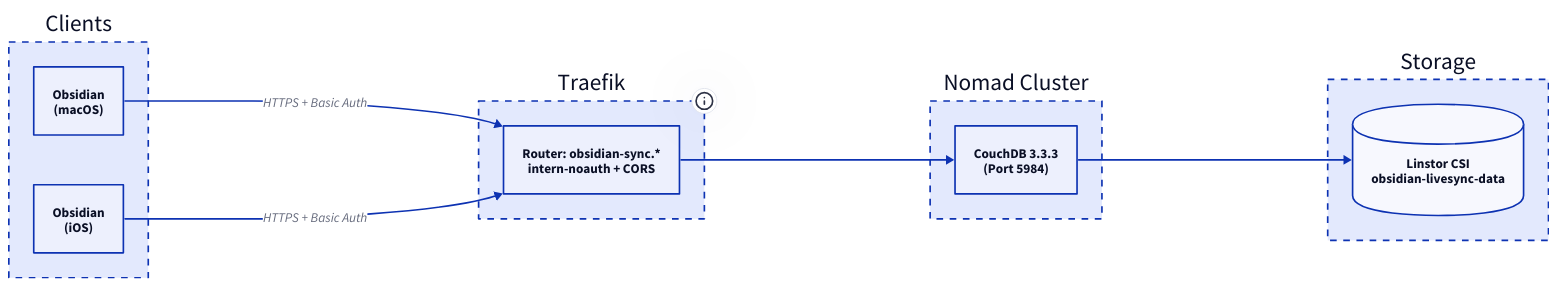
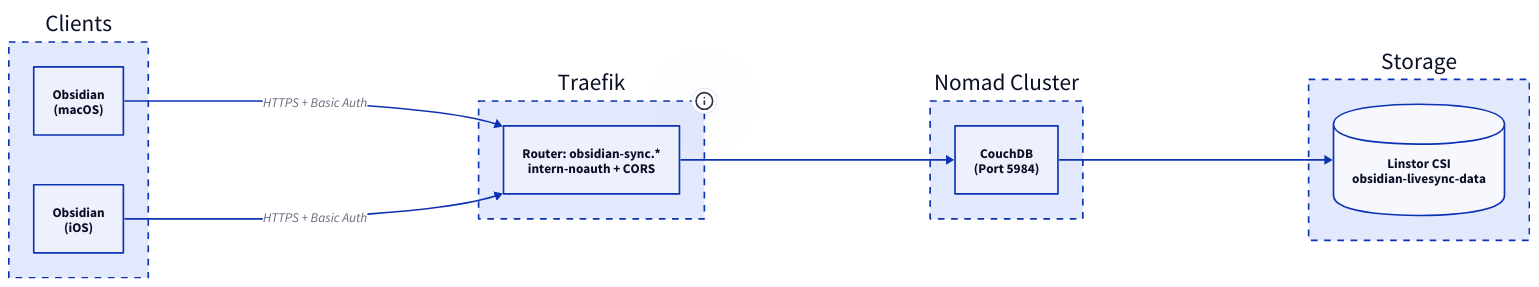
One commit to derever-labs/homelab-wiki changed the diagram in docs/obsidian-livesync/index.md. Above: the diagram before and after it, drawn with D2. The commit also changed other lines of this file and 72 other files, not shown here.

````diff
--- a/docs/obsidian-livesync/index.md
+++ b/docs/obsidian-livesync/index.md
@@ -30,30 +30,30 @@
 ```d2
 direction: right
 
 Clients: {
   style.stroke-dash: 4
   MAC: "Obsidian\n(macOS)"
   IOS: "Obsidian\n(iOS)"
 }
 
 Traefik: Traefik {
   style.stroke-dash: 4
   tooltip: 10.0.2.20
   R1: "Router: obsidian-sync.*\nintern-noauth + CORS"
 }
 
 Nomad: Nomad Cluster {
   style.stroke-dash: 4
-  CDB: "CouchDB 3.3.3\n(Port 5984)"
+  CDB: "CouchDB\n(Port 5984)"
 }
 
 Storage: {
   style.stroke-dash: 4
   LINSTOR: "Linstor CSI\nobsidian-livesync-data" { shape: cylinder }
 }
 
 Clients.MAC -> Traefik.R1: HTTPS + Basic Auth
 Clients.IOS -> Traefik.R1: HTTPS + Basic Auth
 Traefik.R1 -> Nomad.CDB
 Nomad.CDB -> Storage.LINSTOR
 ```
````
